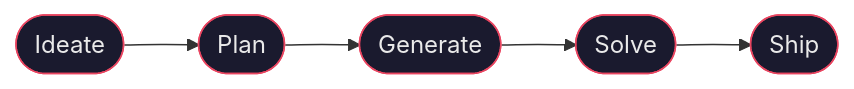
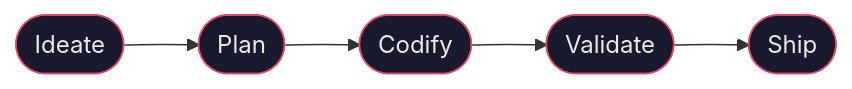
One commit to jwogrady/spark changed the diagram in README.md. Above: the diagram before and after it, drawn with Mermaid. The commit also changed other lines of this file and 28 other files, not shown here.

````diff
--- a/README.md
+++ b/README.md
@@ -18,13 +18,13 @@
 ```mermaid
 flowchart LR
     A([Ideate]) --> B([Plan])
-    B --> C([Generate])
-    C --> D([Solve])
+    B --> C([Codify])
+    C --> D([Validate])
     D --> E([Ship])
     A:::stage
     B:::stage
     C:::stage
     D:::stage
     E:::stage
     classDef stage fill:#1a1a2e,stroke:#e94560,color:#eaeaea,rx:6
 ```
````
